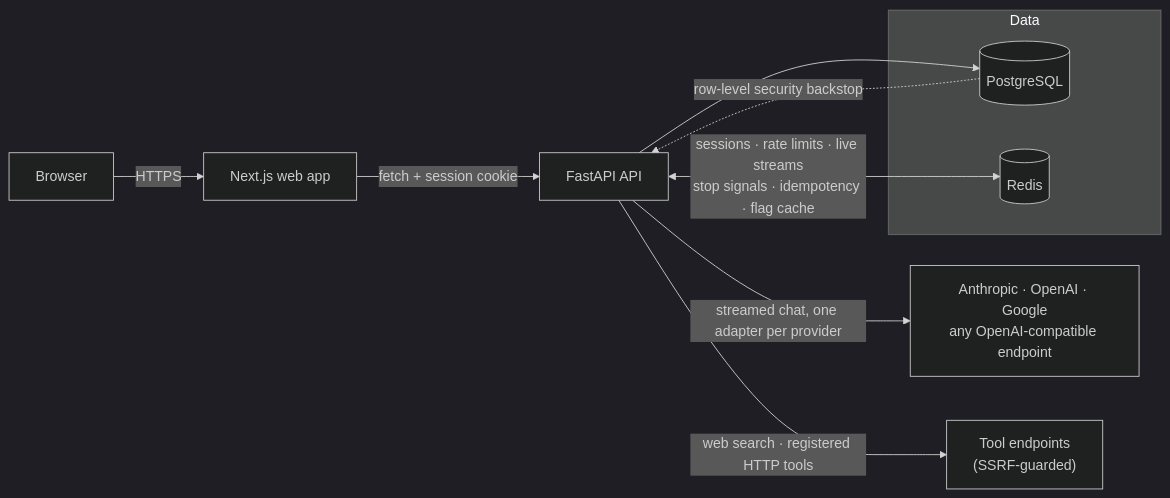
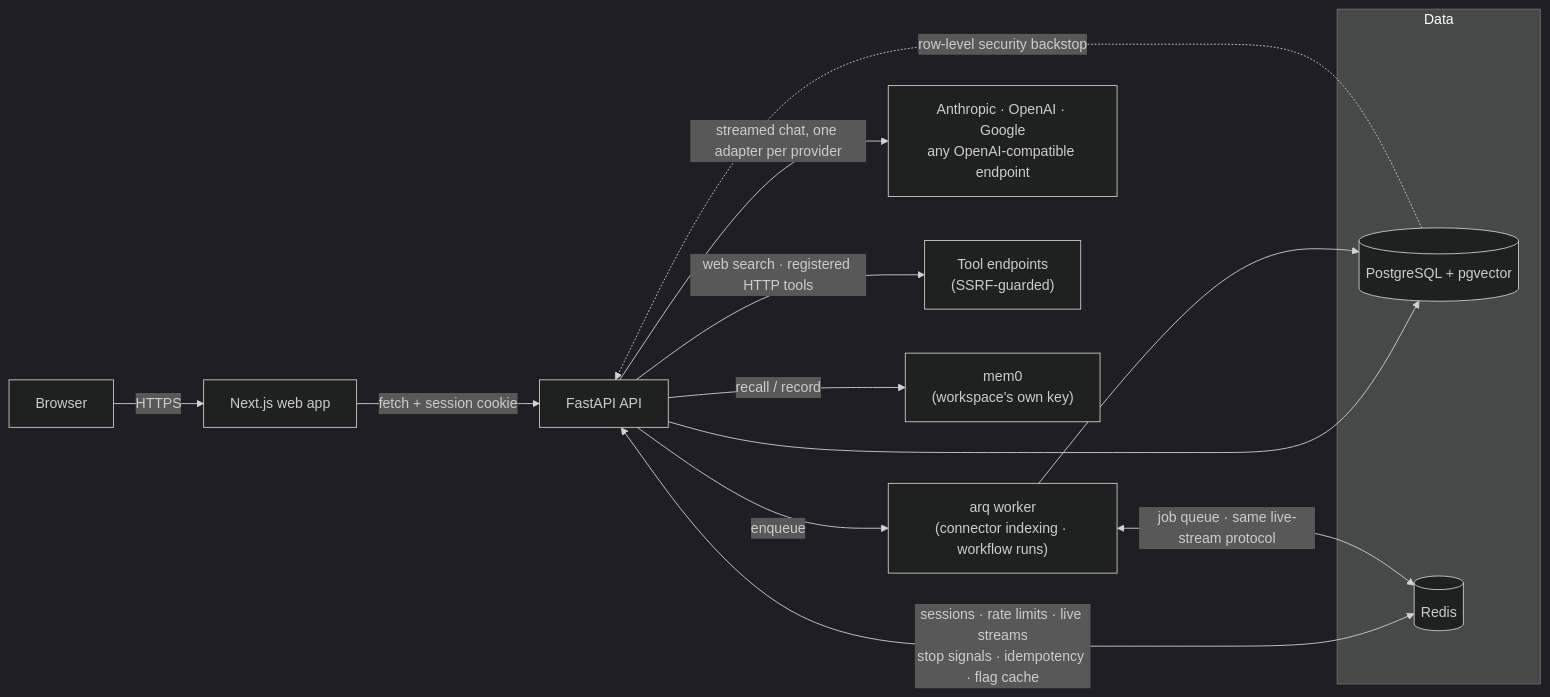
One commit to Amboyandrey/ReCore changed the diagram in README.md. Above: the diagram before and after it, drawn with Mermaid (dark theme). The commit also changed other lines of this file and 1 other file, not shown here.

First line of the commit message:
docs: resync README and ARCHITECTURE.md with everything shipped since

````diff
--- a/README.md
+++ b/README.md
@@ -37,17 +50,21 @@
 ```mermaid
 flowchart LR
     Browser -->|HTTPS| Web["Next.js web app"]
     Web -->|"fetch + session cookie"| API["FastAPI API"]
 
     subgraph Data
-        PG[("PostgreSQL")]
+        PG[("PostgreSQL + pgvector")]
         Redis[("Redis")]
     end
 
     API --> PG
     API <-->|"sessions · rate limits · live streams<br/>stop signals · idempotency · flag cache"| Redis
+    API -->|"enqueue"| Worker["arq worker<br/>(connector indexing · workflow runs)"]
+    Worker --> PG
+    Worker <-->|"job queue · same live-stream protocol"| Redis
     API -->|"streamed chat, one adapter per provider"| LLM["Anthropic · OpenAI · Google<br/>any OpenAI-compatible endpoint"]
     API -->|"web search · registered HTTP tools"| Tools["Tool endpoints<br/>(SSRF-guarded)"]
+    API -->|"recall / record"| Mem0["mem0<br/>(workspace's own key)"]
 
     PG -.->|"row-level security backstop"| API
 ```
````
